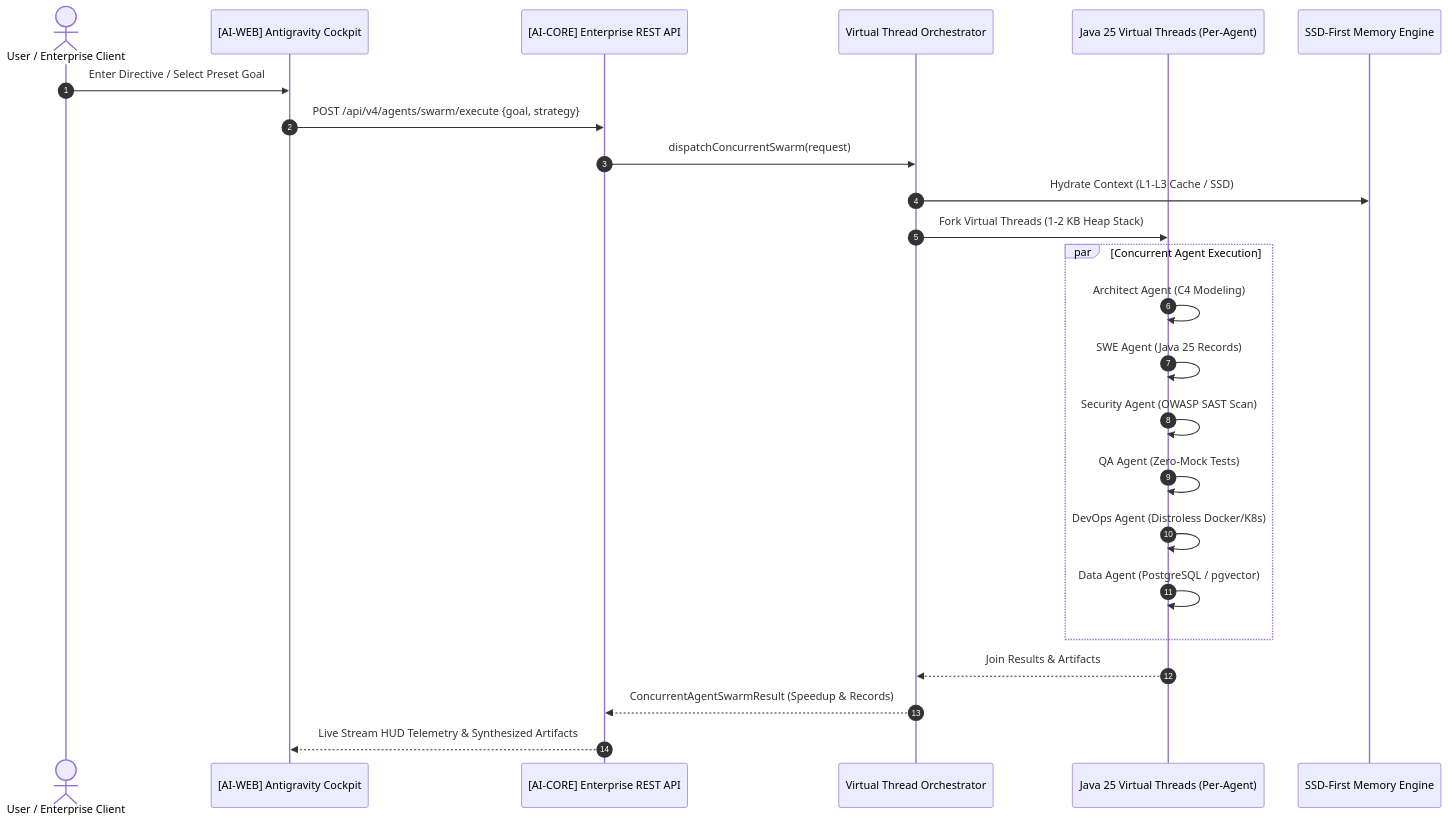
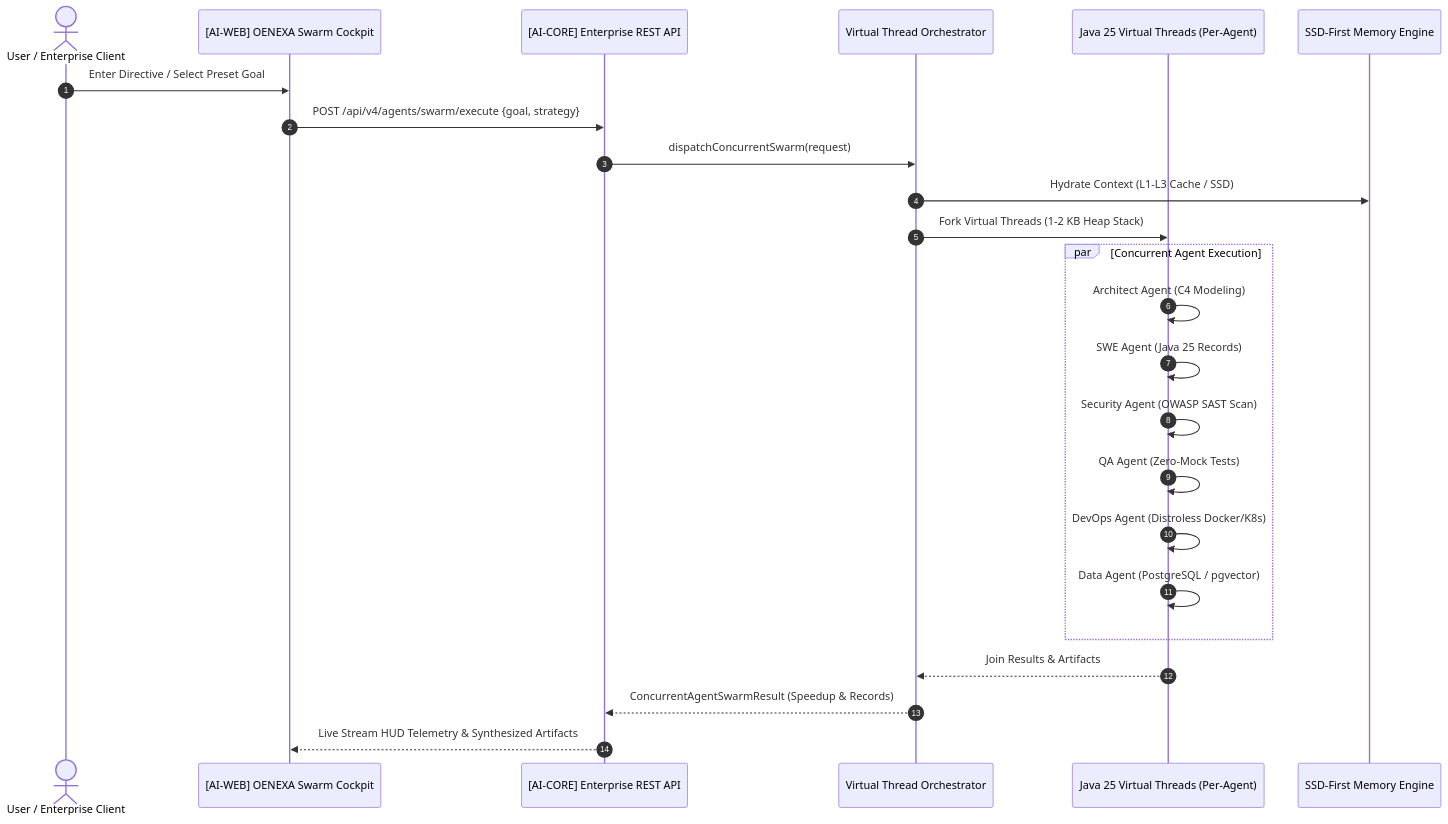
One commit to oenexa/oenexa-ai-core changed the diagram in DEVELOPMENT_NOTES.md. Above: the diagram before and after it, drawn with Mermaid. The commit also changed 2 other files, not shown here.

Commit message:
refactor(api): enforce OENEXA native naming, dual endpoint mapping, and clean docstrings

````diff
--- a/DEVELOPMENT_NOTES.md
+++ b/DEVELOPMENT_NOTES.md
@@ -17,27 +17,27 @@
 ```mermaid
 sequenceDiagram
     autonumber
     actor User as User / Enterprise Client
-    participant UI as [AI-WEB] Antigravity Cockpit
+    participant UI as [AI-WEB] OENEXA Swarm Cockpit
     participant API as [AI-CORE] Enterprise REST API
     participant Orch as Virtual Thread Orchestrator
     participant VThreads as Java 25 Virtual Threads (Per-Agent)
     participant Memory as SSD-First Memory Engine
 
     User->>UI: Enter Directive / Select Preset Goal
     UI->>API: POST /api/v4/agents/swarm/execute {goal, strategy}
     API->>Orch: dispatchConcurrentSwarm(request)
     Orch->>Memory: Hydrate Context (L1-L3 Cache / SSD)
     Orch->>VThreads: Fork Virtual Threads (1-2 KB Heap Stack)
     par Concurrent Agent Execution
         VThreads->>VThreads: Architect Agent (C4 Modeling)
         VThreads->>VThreads: SWE Agent (Java 25 Records)
         VThreads->>VThreads: Security Agent (OWASP SAST Scan)
         VThreads->>VThreads: QA Agent (Zero-Mock Tests)
         VThreads->>VThreads: DevOps Agent (Distroless Docker/K8s)
         VThreads->>VThreads: Data Agent (PostgreSQL / pgvector)
     end
     VThreads-->>Orch: Join Results & Artifacts
     Orch-->>API: ConcurrentAgentSwarmResult (Speedup & Records)
     API-->>UI: Live Stream HUD Telemetry & Synthesized Artifacts
 ```
````
